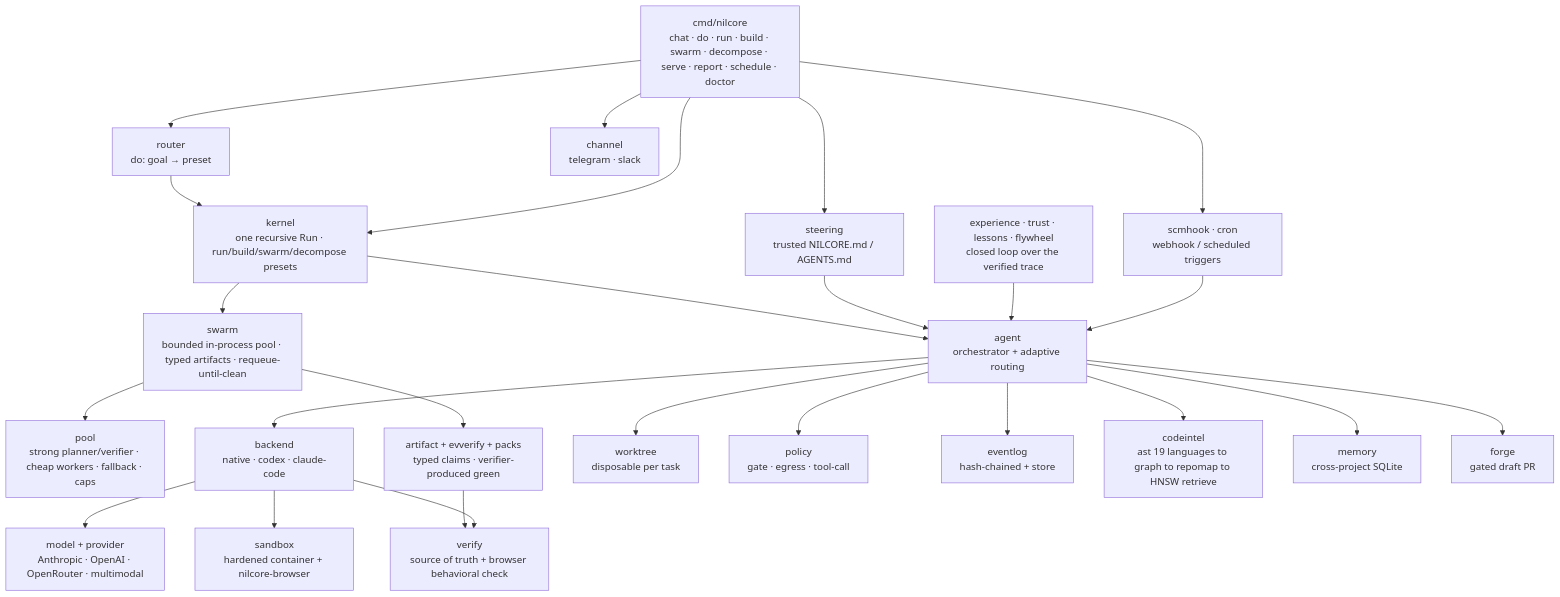
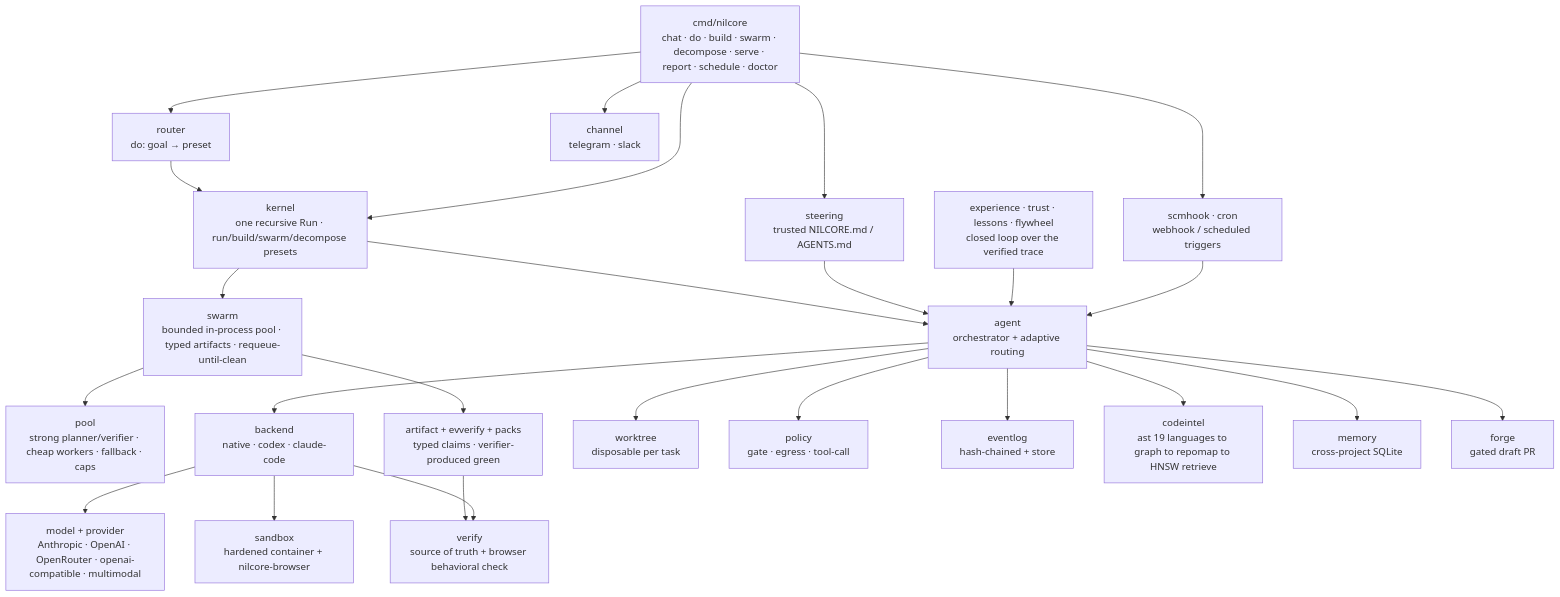
Before and after one commit to RNT56/NilCore: the second of 2 diagrams in README.md, drawn with Mermaid. The commit also changed other lines of this file, not shown here.

````diff
--- a/README.md
+++ b/README.md
@@ -297,27 +297,27 @@
 ```mermaid
 flowchart TD
-    CLI[cmd/nilcore<br/>chat · do · run · build · swarm · decompose · serve · report · schedule · doctor] --> ROUTER[router<br/>do: goal → preset]
+    CLI[cmd/nilcore<br/>chat · do · build · swarm · decompose · serve · report · schedule · doctor] --> ROUTER[router<br/>do: goal → preset]
     ROUTER --> KERNEL[kernel<br/>one recursive Run · run/build/swarm/decompose presets]
     CLI --> KERNEL
     KERNEL --> AGENT[agent<br/>orchestrator + adaptive routing]
     KERNEL --> SWARM[swarm<br/>bounded in-process pool · typed artifacts · requeue-until-clean]
     CLI --> STEER[steering<br/>trusted NILCORE.md / AGENTS.md]
     STEER --> AGENT
     XP[experience · trust · lessons · flywheel<br/>closed loop over the verified trace] --> AGENT
     SWARM --> POOL[pool<br/>strong planner/verifier · cheap workers · fallback · caps]
     SWARM --> ARTIFACT[artifact + evverify + packs<br/>typed claims · verifier-produced green]
     ARTIFACT --> VERIFY
     AGENT --> BK[backend<br/>native · codex · claude-code]
     AGENT --> WT[worktree<br/>disposable per task]
-    BK --> MODEL[model + provider<br/>Anthropic · OpenAI · OpenRouter · multimodal]
+    BK --> MODEL[model + provider<br/>Anthropic · OpenAI · OpenRouter · openai-compatible · multimodal]
     BK --> SANDBOX[sandbox<br/>hardened container + nilcore-browser]
     BK --> VERIFY[verify<br/>source of truth + browser behavioral check]
     AGENT --> POLICY[policy<br/>gate · egress · tool-call]
     AGENT --> LOG[eventlog<br/>hash-chained + store]
     AGENT --> CI[codeintel<br/>ast 19 languages to graph to repomap to HNSW retrieve]
     AGENT --> MEM[memory<br/>cross-project SQLite]
     CLI --> CHAN[channel<br/>telegram · slack]
     CLI --> TRIG[scmhook · cron<br/>webhook / scheduled triggers]
     TRIG --> AGENT
     AGENT --> FORGE[forge<br/>gated draft PR]
 ```
````
